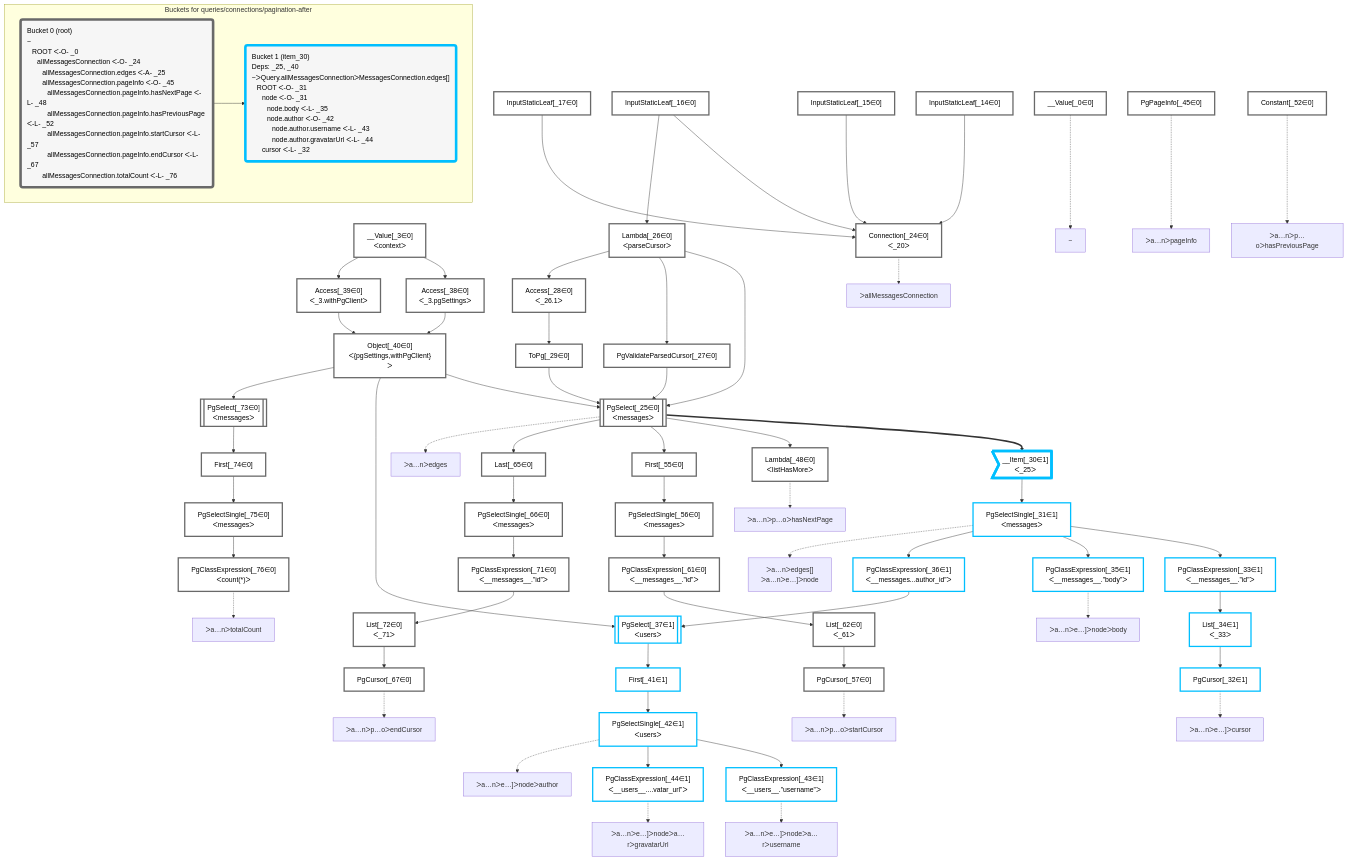
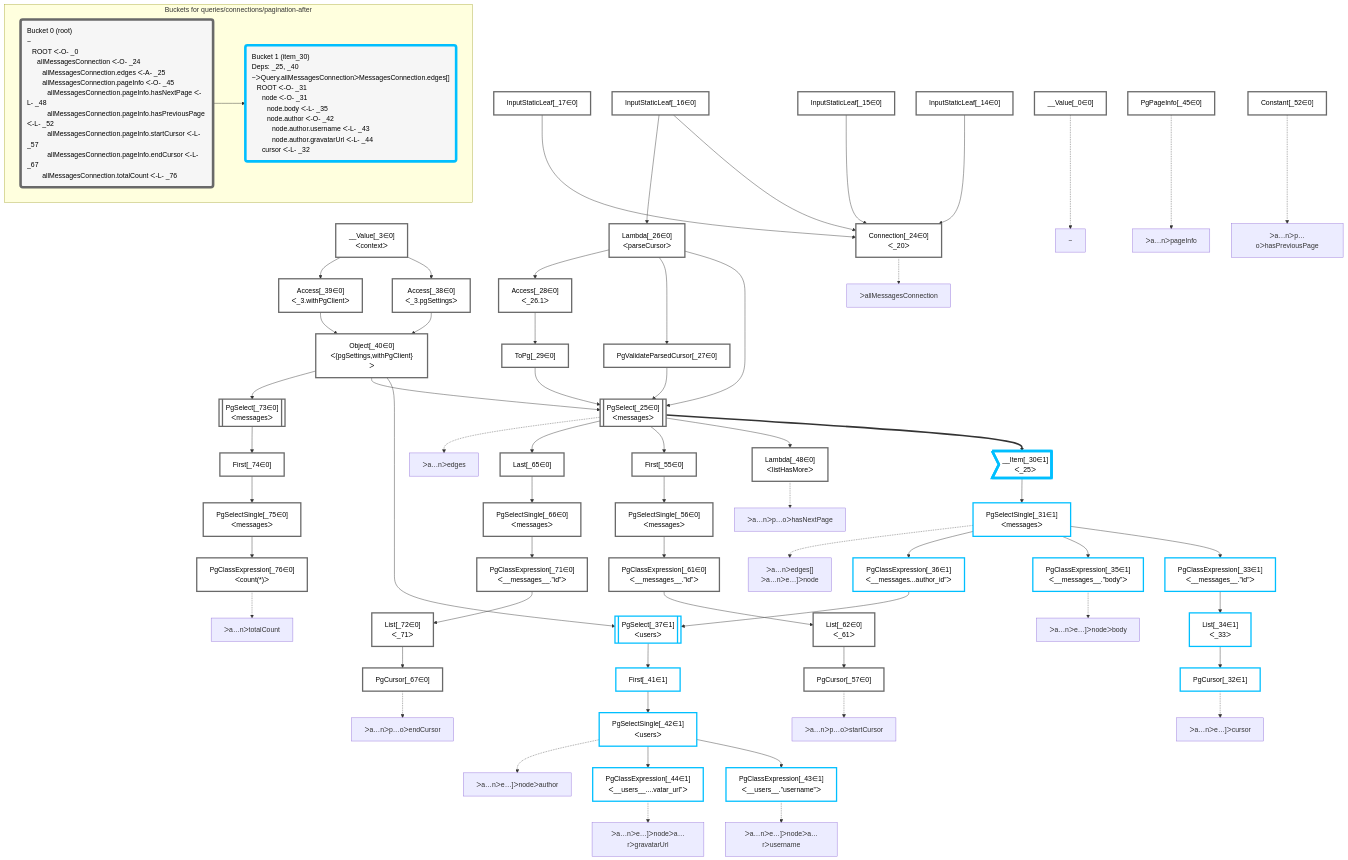
The diagram in packages/dataplan-pg/__tests__/queries/connections/pagination-after.deopt.mermaid.md (graphile/crystal), drawn with Mermaid before and after one commit. The commit also changed other lines of this file and 195 other files, not shown here.

```diff
--- a/packages/dataplan-pg/__tests__/queries/connections/pagination-after.deopt.mermaid.md
+++ b/packages/dataplan-pg/__tests__/queries/connections/pagination-after.deopt.mermaid.md
@@ -9,87 +9,87 @@
 
     %% define plans
     __Value_0["__Value[_0∈0]"]:::plan
+    PgCursor_32["PgCursor[_32∈1]"]:::plan
+    List_34["List[_34∈1]<br />ᐸ_33ᐳ"]:::plan
+    PgClassExpression_33["PgClassExpression[_33∈1]<br />ᐸ__messages__.”id”ᐳ"]:::plan
+    PgClassExpression_35["PgClassExpression[_35∈1]<br />ᐸ__messages__.”body”ᐳ"]:::plan
+    PgClassExpression_43["PgClassExpression[_43∈1]<br />ᐸ__users__.”username”ᐳ"]:::plan
+    PgClassExpression_44["PgClassExpression[_44∈1]<br />ᐸ__users__....vatar_url”ᐳ"]:::plan
+    PgSelectSingle_42["PgSelectSingle[_42∈1]<br />ᐸusersᐳ"]:::plan
+    First_41["First[_41∈1]"]:::plan
+    PgSelect_37[["PgSelect[_37∈1]<br />ᐸusersᐳ"]]:::plan
+    PgClassExpression_36["PgClassExpression[_36∈1]<br />ᐸ__messages...author_id”ᐳ"]:::plan
+    PgSelectSingle_31["PgSelectSingle[_31∈1]<br />ᐸmessagesᐳ"]:::plan
+    __Item_30>"__Item[_30∈1]<br />ᐸ_25ᐳ"]:::itemplan
+    Lambda_48["Lambda[_48∈0]<br />ᐸlistHasMoreᐳ"]:::plan
+    PgCursor_57["PgCursor[_57∈0]"]:::plan
+    List_62["List[_62∈0]<br />ᐸ_61ᐳ"]:::plan
+    PgClassExpression_61["PgClassExpression[_61∈0]<br />ᐸ__messages__.”id”ᐳ"]:::plan
+    PgSelectSingle_56["PgSelectSingle[_56∈0]<br />ᐸmessagesᐳ"]:::plan
+    First_55["First[_55∈0]"]:::plan
+    PgCursor_67["PgCursor[_67∈0]"]:::plan
+    List_72["List[_72∈0]<br />ᐸ_71ᐳ"]:::plan
+    PgClassExpression_71["PgClassExpression[_71∈0]<br />ᐸ__messages__.”id”ᐳ"]:::plan
+    PgSelectSingle_66["PgSelectSingle[_66∈0]<br />ᐸmessagesᐳ"]:::plan
+    Last_65["Last[_65∈0]"]:::plan
+    PgSelect_25[["PgSelect[_25∈0]<br />ᐸmessagesᐳ"]]:::plan
+    PgClassExpression_76["PgClassExpression[_76∈0]<br />ᐸcount(*)ᐳ"]:::plan
+    PgSelectSingle_75["PgSelectSingle[_75∈0]<br />ᐸmessagesᐳ"]:::plan
+    First_74["First[_74∈0]"]:::plan
+    PgSelect_73[["PgSelect[_73∈0]<br />ᐸmessagesᐳ"]]:::plan
+    Object_40["Object[_40∈0]<br />ᐸ{pgSettings,withPgClient}ᐳ"]:::plan
+    Access_38["Access[_38∈0]<br />ᐸ_3.pgSettingsᐳ"]:::plan
+    Access_39["Access[_39∈0]<br />ᐸ_3.withPgClientᐳ"]:::plan
     __Value_3["__Value[_3∈0]<br />ᐸcontextᐳ"]:::plan
+    Connection_24["Connection[_24∈0]<br />ᐸ_20ᐳ"]:::plan
     InputStaticLeaf_14["InputStaticLeaf[_14∈0]"]:::plan
     InputStaticLeaf_15["InputStaticLeaf[_15∈0]"]:::plan
+    PgValidateParsedCursor_27["PgValidateParsedCursor[_27∈0]"]:::plan
+    ToPg_29["ToPg[_29∈0]"]:::plan
+    Access_28["Access[_28∈0]<br />ᐸ_26.1ᐳ"]:::plan
+    Lambda_26["Lambda[_26∈0]<br />ᐸparseCursorᐳ"]:::plan
     InputStaticLeaf_16["InputStaticLeaf[_16∈0]"]:::plan
     InputStaticLeaf_17["InputStaticLeaf[_17∈0]"]:::plan
-    Connection_24["Connection[_24∈0]<br />ᐸ_20ᐳ"]:::plan
-    PgSelect_25[["PgSelect[_25∈0]<br />ᐸmessagesᐳ"]]:::plan
-    Lambda_26["Lambda[_26∈0]<br />ᐸparseCursorᐳ"]:::plan
-    PgValidateParsedCursor_27["PgValidateParsedCursor[_27∈0]"]:::plan
-    Access_28["Access[_28∈0]<br />ᐸ_26.1ᐳ"]:::plan
-    ToPg_29["ToPg[_29∈0]"]:::plan
-    __Item_30>"__Item[_30∈1]<br />ᐸ_25ᐳ"]:::itemplan
-    PgSelectSingle_31["PgSelectSingle[_31∈1]<br />ᐸmessagesᐳ"]:::plan
-    PgCursor_32["PgCursor[_32∈1]"]:::plan
-    PgClassExpression_33["PgClassExpression[_33∈1]<br />ᐸ__messages__.”id”ᐳ"]:::plan
-    List_34["List[_34∈1]<br />ᐸ_33ᐳ"]:::plan
-    PgClassExpression_35["PgClassExpression[_35∈1]<br />ᐸ__messages__.”body”ᐳ"]:::plan
-    PgClassExpression_36["PgClassExpression[_36∈1]<br />ᐸ__messages...author_id”ᐳ"]:::plan
-    PgSelect_37[["PgSelect[_37∈1]<br />ᐸusersᐳ"]]:::plan
-    Access_38["Access[_38∈0]<br />ᐸ_3.pgSettingsᐳ"]:::plan
-    Access_39["Access[_39∈0]<br />ᐸ_3.withPgClientᐳ"]:::plan
-    Object_40["Object[_40∈0]<br />ᐸ{pgSettings,withPgClient}ᐳ"]:::plan
-    First_41["First[_41∈1]"]:::plan
-    PgSelectSingle_42["PgSelectSingle[_42∈1]<br />ᐸusersᐳ"]:::plan
-    PgClassExpression_43["PgClassExpression[_43∈1]<br />ᐸ__users__.”username”ᐳ"]:::plan
-    PgClassExpression_44["PgClassExpression[_44∈1]<br />ᐸ__users__....vatar_url”ᐳ"]:::plan
     PgPageInfo_45["PgPageInfo[_45∈0]"]:::plan
-    Lambda_48["Lambda[_48∈0]<br />ᐸlistHasMoreᐳ"]:::plan
     Constant_52["Constant[_52∈0]"]:::plan
-    First_55["First[_55∈0]"]:::plan
-    PgSelectSingle_56["PgSelectSingle[_56∈0]<br />ᐸmessagesᐳ"]:::plan
-    PgCursor_57["PgCursor[_57∈0]"]:::plan
-    PgClassExpression_61["PgClassExpression[_61∈0]<br />ᐸ__messages__.”id”ᐳ"]:::plan
-    List_62["List[_62∈0]<br />ᐸ_61ᐳ"]:::plan
-    Last_65["Last[_65∈0]"]:::plan
-    PgSelectSingle_66["PgSelectSingle[_66∈0]<br />ᐸmessagesᐳ"]:::plan
-    PgCursor_67["PgCursor[_67∈0]"]:::plan
-    PgClassExpression_71["PgClassExpression[_71∈0]<br />ᐸ__messages__.”id”ᐳ"]:::plan
-    List_72["List[_72∈0]<br />ᐸ_71ᐳ"]:::plan
-    PgSelect_73[["PgSelect[_73∈0]<br />ᐸmessagesᐳ"]]:::plan
-    First_74["First[_74∈0]"]:::plan
-    PgSelectSingle_75["PgSelectSingle[_75∈0]<br />ᐸmessagesᐳ"]:::plan
-    PgClassExpression_76["PgClassExpression[_76∈0]<br />ᐸcount(*)ᐳ"]:::plan
 
     %% plan dependencies
-    InputStaticLeaf_14 & InputStaticLeaf_15 & InputStaticLeaf_16 & InputStaticLeaf_17 --> Connection_24
+    List_34 --> PgCursor_32
+    PgClassExpression_33 --> List_34
+    PgSelectSingle_31 --> PgClassExpression_33
+    PgSelectSingle_31 --> PgClassExpression_35
+    PgSelectSingle_42 --> PgClassExpression_43
+    PgSelectSingle_42 --> PgClassExpression_44
+    First_41 --> PgSelectSingle_42
+    PgSelect_37 --> First_41
+    Object_40 & PgClassExpression_36 --> PgSelect_37
+    PgSelectSingle_31 --> PgClassExpression_36
+    __Item_30 --> PgSelectSingle_31
+    PgSelect_25 ==> __Item_30
+    PgSelect_25 --> Lambda_48
+    List_62 --> PgCursor_57
+    PgClassExpression_61 --> List_62
+    PgSelectSingle_56 --> PgClassExpression_61
+    First_55 --> PgSelectSingle_56
+    PgSelect_25 --> First_55
+    List_72 --> PgCursor_67
+    PgClassExpression_71 --> List_72
+    PgSelectSingle_66 --> PgClassExpression_71
+    Last_65 --> PgSelectSingle_66
+    PgSelect_25 --> Last_65
     Object_40 & Lambda_26 & PgValidateParsedCursor_27 & ToPg_29 --> PgSelect_25
-    InputStaticLeaf_16 --> Lambda_26
-    Lambda_26 --> PgValidateParsedCursor_27
-    Lambda_26 --> Access_28
-    Access_28 --> ToPg_29
-    PgSelect_25 ==> __Item_30
-    __Item_30 --> PgSelectSingle_31
-    List_34 --> PgCursor_32
-    PgSelectSingle_31 --> PgClassExpression_33
-    PgClassExpression_33 --> List_34
-    PgSelectSingle_31 --> PgClassExpression_35
-    PgSelectSingle_31 --> PgClassExpression_36
-    Object_40 & PgClassExpression_36 --> PgSelect_37
+    PgSelectSingle_75 --> PgClassExpression_76
+    First_74 --> PgSelectSingle_75
+    PgSelect_73 --> First_74
+    Object_40 --> PgSelect_73
+    Access_38 & Access_39 --> Object_40
     __Value_3 --> Access_38
     __Value_3 --> Access_39
-    Access_38 & Access_39 --> Object_40
-    PgSelect_37 --> First_41
-    First_41 --> PgSelectSingle_42
-    PgSelectSingle_42 --> PgClassExpression_43
-    PgSelectSingle_42 --> PgClassExpression_44
-    PgSelect_25 --> Lambda_48
-    PgSelect_25 --> First_55
-    First_55 --> PgSelectSingle_56
-    List_62 --> PgCursor_57
-    PgSelectSingle_56 --> PgClassExpression_61
-    PgClassExpression_61 --> List_62
-    PgSelect_25 --> Last_65
-    Last_65 --> PgSelectSingle_66
-    List_72 --> PgCursor_67
-    PgSelectSingle_66 --> PgClassExpression_71
-    PgClassExpression_71 --> List_72
-    Object_40 --> PgSelect_73
-    PgSelect_73 --> First_74
-    First_74 --> PgSelectSingle_75
-    PgSelectSingle_75 --> PgClassExpression_76
+    InputStaticLeaf_14 & InputStaticLeaf_15 & InputStaticLeaf_16 & InputStaticLeaf_17 --> Connection_24
+    Lambda_26 --> PgValidateParsedCursor_27
+    Access_28 --> ToPg_29
+    Lambda_26 --> Access_28
+    InputStaticLeaf_16 --> Lambda_26
 
     %% plan-to-path relationships
     P_0["~"]
```
